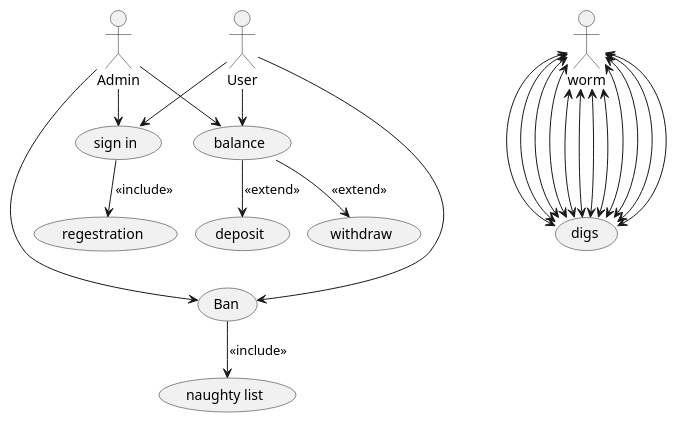
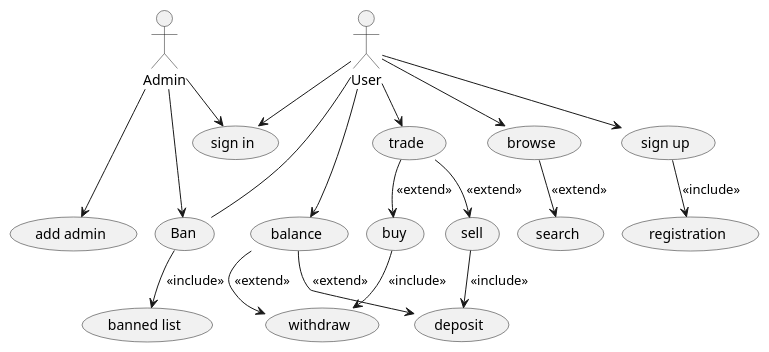
The diagram in app/src/main/java/com/example/tradoid/UMLs/uc_diagram.puml (Inon-Sinn/Tradoid), drawn with PlantUML before and after one commit.

Commit message:
etending user case diagram

```diff
--- a/app/src/main/java/com/example/tradoid/UMLs/uc_diagram.puml
+++ b/app/src/main/java/com/example/tradoid/UMLs/uc_diagram.puml
@@ -1,35 +1,34 @@
 @startuml
 !pragma layout smetana
 'https://plantuml.com/use-case-diagram
 
 :Admin:
 
+Admin ---> (add admin)
+
+User --> (sign up)
+Admin --> (sign in)
 User --> (sign in)
-(sign in) --> (regestration): <<include>>
+(sign up) --> (registration): <<include>>
+
 User --> (balance)
-Admin --> (balance)
-
 (balance) --> (withdraw): <<extend>>
 (balance) --> (deposit): <<extend>>
 
-Admin --> (sign in)
-Admin ----> (Ban)
-User --> (Ban)
-(Ban) --> (naughty list): <<include>>
+User --> (trade)
+(trade) --> (buy): <<extend>>
+(trade) --> (sell): <<extend>>
+(buy) --> (withdraw): <<include>>
+(sell) --> (deposit): <<include>>
 
-worm <---> (digs)
-worm <---> (digs)
-worm <---> (digs)
-worm <---> (digs)
-worm <---> (digs)
-worm <---> (digs)
-worm <---> (digs)
-worm <---> (digs)
-worm <---> (digs)
-worm <---> (digs)
-worm <---> (digs)
-worm <---> (digs)
+User --> (browse)
+(browse) --> (search): <<extend>>
+
+
+Admin ---> (Ban)
+User -- (Ban)
+(Ban) --> (banned list): <<include>>
 
 
 
 @enduml
```
